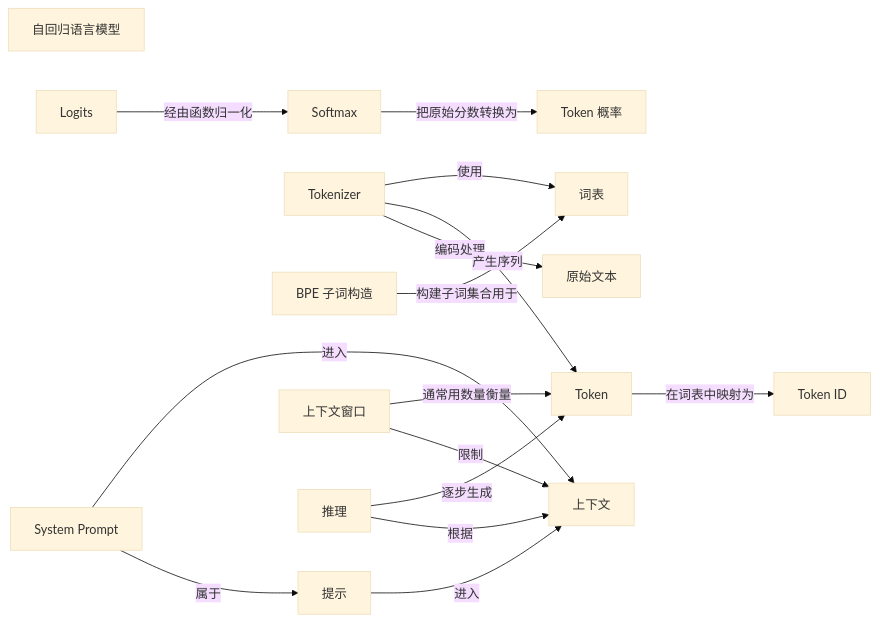
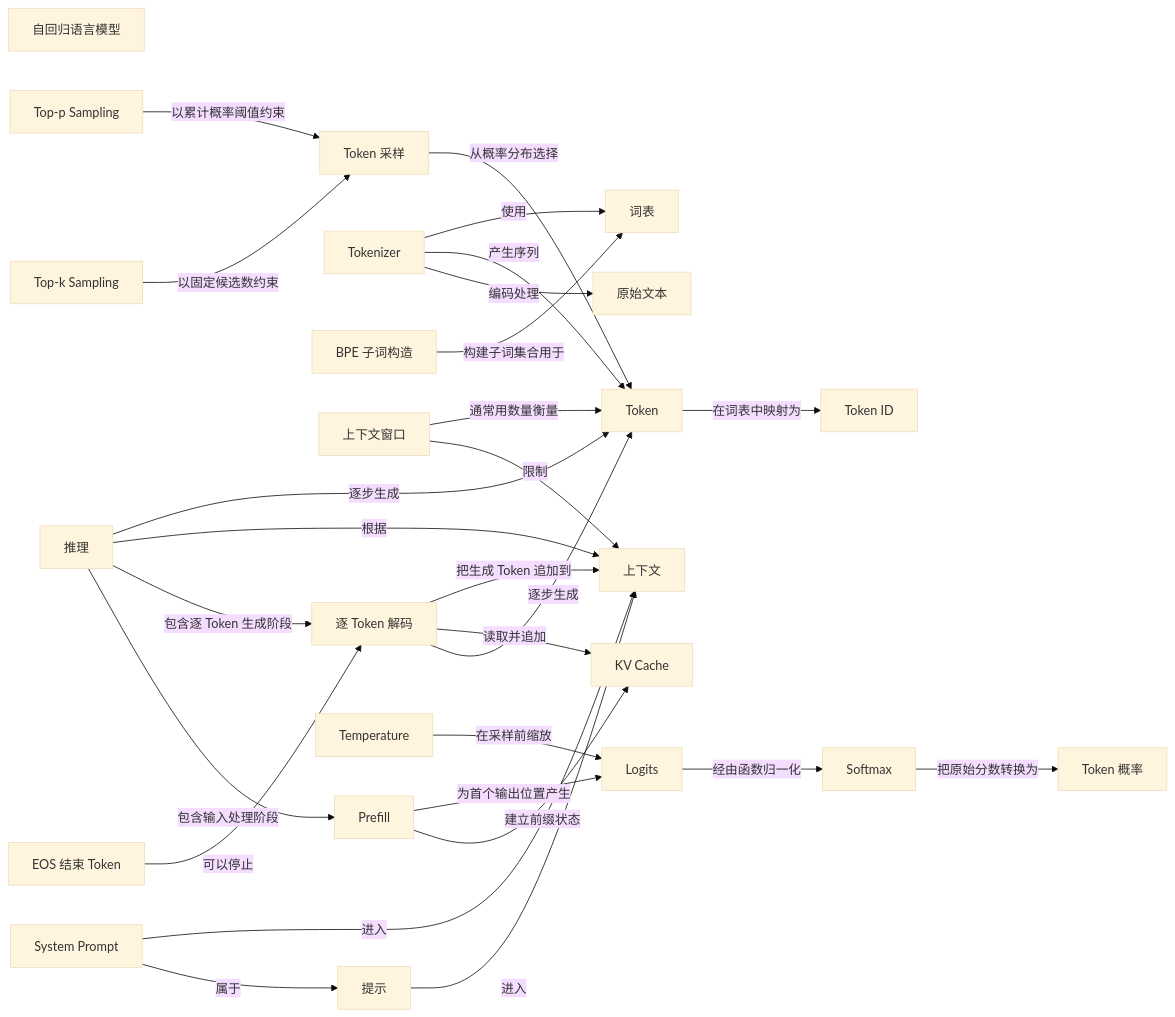
One commit to z-Zihan/LLM-101 changed the third of 10 diagrams in 知识网络.md. Above: the diagram before and after it, drawn with Mermaid (base theme). The commit also changed other lines of this file and 6 other files, not shown here.

Commit message:
docs: connect prefill decoding and kv cache

````diff
--- a/知识网络.md
+++ b/知识网络.md
@@ -228,32 +238,52 @@
 ```mermaid
 flowchart LR
     n_prompt["提示"]
     n_token["Token"]
     n_text["原始文本"]
     n_tokenizer["Tokenizer"]
     n_bpe["BPE 子词构造"]
     n_vocabulary["词表"]
     n_token_id["Token ID"]
     n_autoregressive_language_model["自回归语言模型"]
     n_logits["Logits"]
     n_softmax["Softmax"]
     n_probability["Token 概率"]
     n_context["上下文"]
     n_context_window["上下文窗口"]
     n_inference["推理"]
+    n_prefill["Prefill"]
+    n_decode["逐 Token 解码"]
+    n_sampling["Token 采样"]
+    n_temperature["Temperature"]
+    n_top_k["Top-k Sampling"]
+    n_top_p["Top-p Sampling"]
+    n_eos["EOS 结束 Token"]
+    n_kv_cache["KV Cache"]
     n_system_prompt["System Prompt"]
     n_tokenizer -->|"编码处理"| n_text
     n_tokenizer -->|"产生序列"| n_token
     n_bpe -->|"构建子词集合用于"| n_vocabulary
     n_tokenizer -->|"使用"| n_vocabulary
     n_token -->|"在词表中映射为"| n_token_id
     n_softmax -->|"把原始分数转换为"| n_probability
     n_logits -->|"经由函数归一化"| n_softmax
+    n_inference -->|"包含输入处理阶段"| n_prefill
+    n_inference -->|"包含逐 Token 生成阶段"| n_decode
+    n_prefill -->|"建立前缀状态"| n_kv_cache
+    n_prefill -->|"为首个输出位置产生"| n_logits
+    n_decode -->|"逐步生成"| n_token
+    n_decode -->|"读取并追加"| n_kv_cache
+    n_decode -->|"把生成 Token 追加到"| n_context
+    n_sampling -->|"从概率分布选择"| n_token
+    n_temperature -->|"在采样前缩放"| n_logits
+    n_top_k -->|"以固定候选数约束"| n_sampling
+    n_top_p -->|"以累计概率阈值约束"| n_sampling
+    n_eos -->|"可以停止"| n_decode
     n_system_prompt -->|"属于"| n_prompt
     n_system_prompt -->|"进入"| n_context
     n_prompt -->|"进入"| n_context
     n_context_window -->|"限制"| n_context
     n_context_window -->|"通常用数量衡量"| n_token
     n_inference -->|"根据"| n_context
     n_inference -->|"逐步生成"| n_token
 ```
````
